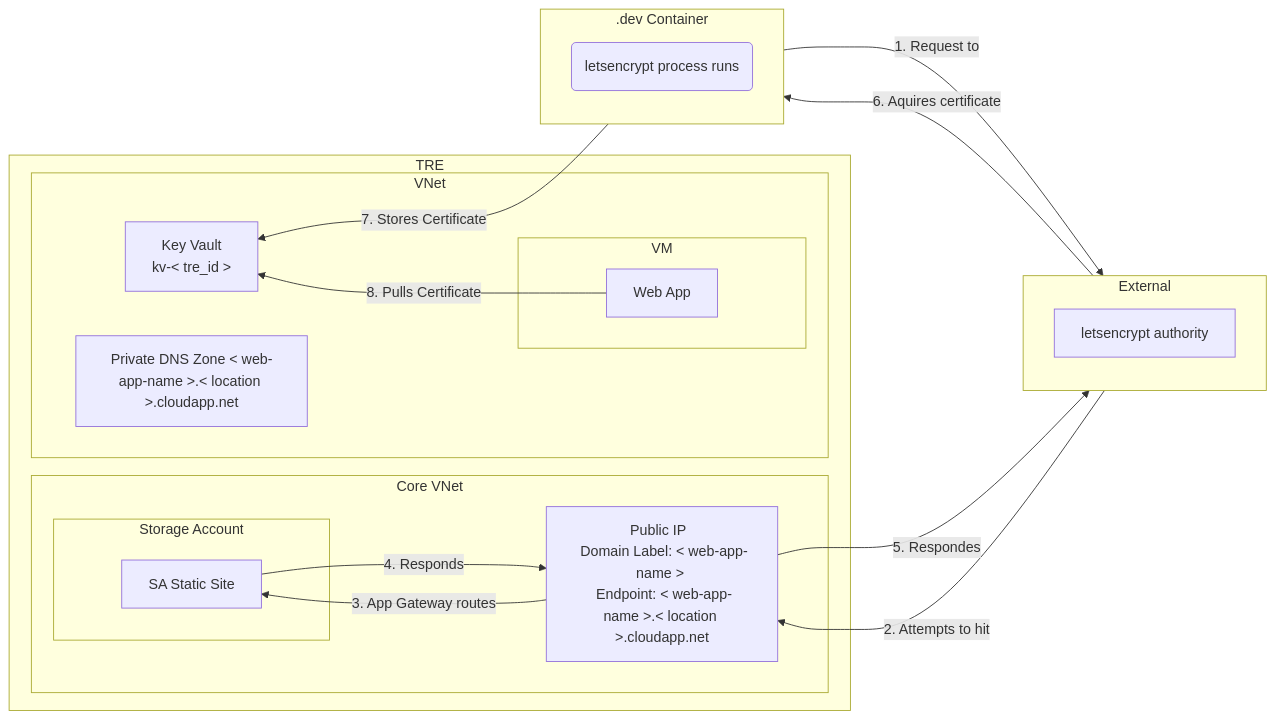
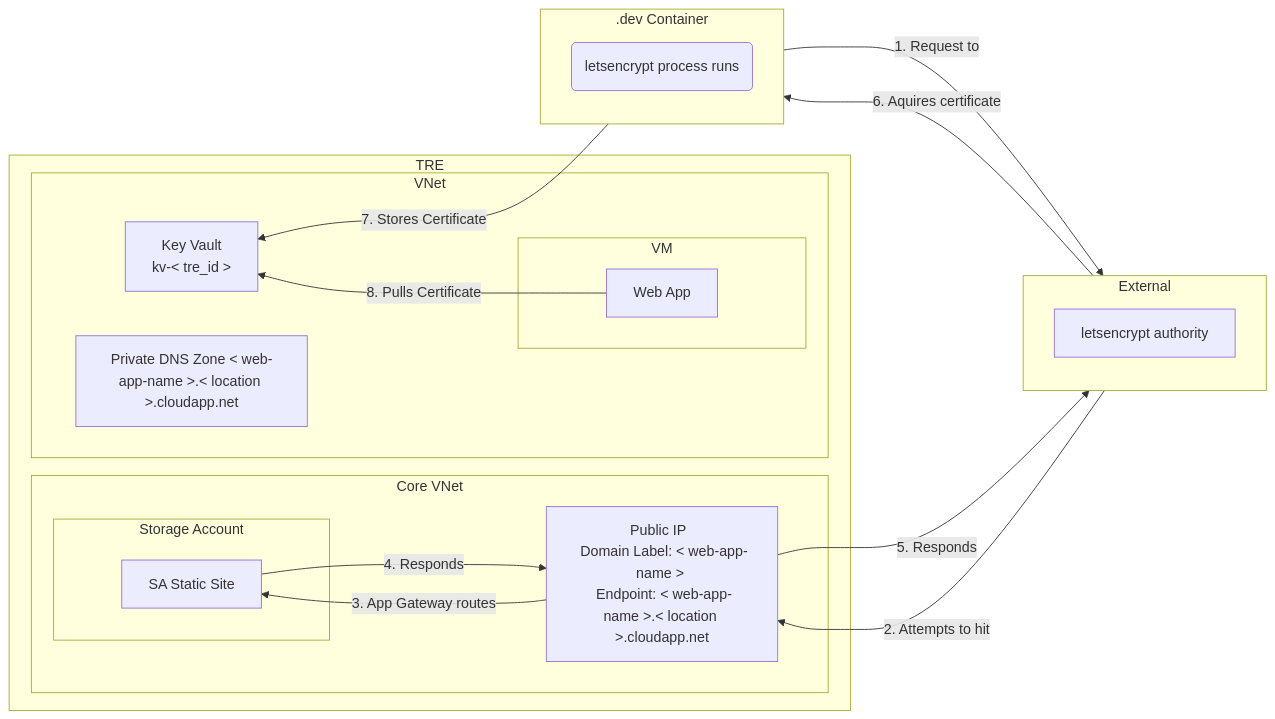
One commit to microsoft/AzureTRE changed the diagram in docs/tre-developers/letsencrypt.md. Above: the diagram before and after it, drawn with Mermaid.

Commit message:
Typo fix

````diff
--- a/docs/tre-developers/letsencrypt.md
+++ b/docs/tre-developers/letsencrypt.md
@@ -17,36 +17,36 @@
 ```mermaid
 flowchart RL
     subgraph .dev Container
         direction TB
         A(letsencrypt process runs)
     end
     subgraph External
         direction TB
         B[letsencrypt authority]
     end
     subgraph TRE
         subgraph Core VNet
             C[Public IP  <br/> Domain Label: < web-app-name > <br/> Endpoint: < web-app-name >.< location >.cloudapp.net]
             subgraph Storage Account
                 D[SA Static Site]
             end
         end
         subgraph VNet
             E[Key Vault <br/> kv-< tre_id >]
             subgraph VM
                 F[Web App]
             end
             G[Private DNS Zone < web-app-name >.< location >.cloudapp.net]
         end
     end
 
     A --> |1. Request to            | B
     B --> |2. Attempts to hit       | C
     C --> |3. App Gateway routes    | D
     D --> |4. Responds             | C
-    C --> |5. Respondes             | B
+    C --> |5. Responds             | B
     B --> |6. Aquires certificate   | A
     A --> |7. Stores Certificate    | E
     F --> |8. Pulls Certificate     | E
       
   ```
````
